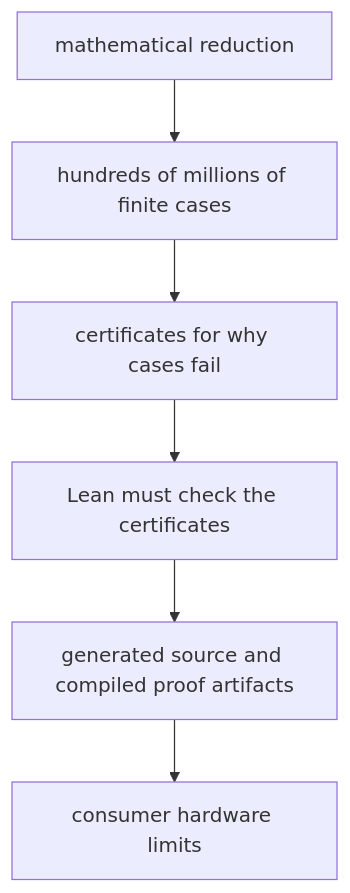
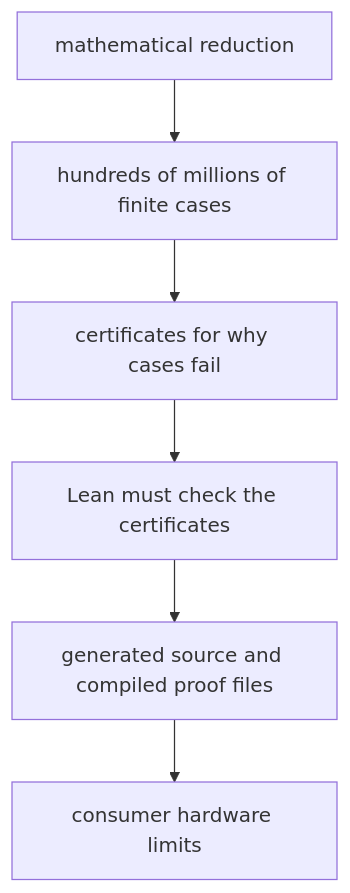
The sixth of 9 diagrams in README.md (zpconn/cuboctahedron), drawn with Mermaid before and after one commit. The commit also changed other lines of this file, not shown here.

Commit message:
Update proof architecture README

````diff
--- a/README.md
+++ b/README.md
@@ -367,11 +413,11 @@
 ```mermaid
 flowchart TD
     A["mathematical reduction"]
     B["hundreds of millions of finite cases"]
     C["certificates for why cases fail"]
     D["Lean must check the certificates"]
-    E["generated source and compiled proof artifacts"]
+    E["generated source and compiled proof files"]
     F["consumer hardware limits"]
 
     A --> B --> C --> D --> E --> F
 ```
````
